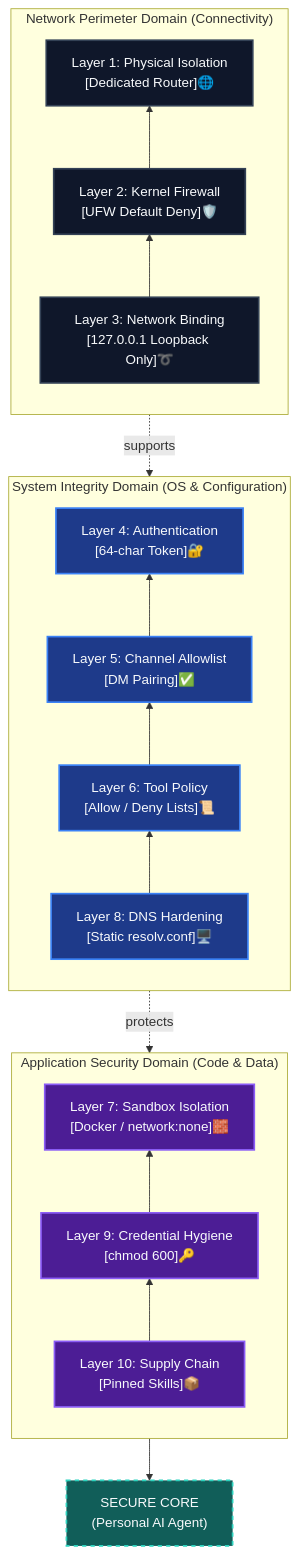
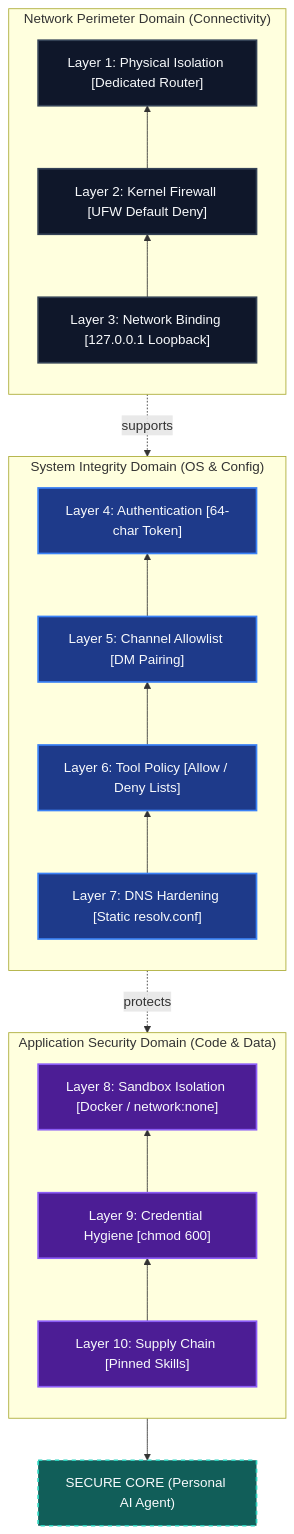
One commit to vishal8shah/openclaw-personal-ai-agent changed the first of 3 diagrams in docs-site/docs/security.md. Above: the diagram before and after it, drawn with Mermaid. The commit also changed other lines of this file, not shown here.

Commit message:
docs(diagram): fix layer numbering L7=DNS L8=Sandbox and add layer tags to doc parts

````diff
--- a/docs-site/docs/security.md
+++ b/docs-site/docs/security.md
@@ -16,41 +16,38 @@
 ```mermaid
 graph TD
-    %% Functional Color-Coding for Defense Domains
     classDef network fill:#0f172a,stroke:#334155,stroke-width:2px,color:#f8fafc;
     classDef system fill:#1e3a8a,stroke:#3b82f6,stroke-width:2px,color:#f8fafc;
     classDef app fill:#4c1d95,stroke:#8b5cf6,stroke-width:2px,color:#f8fafc;
     classDef core fill:#115e59,stroke:#2dd4bf,stroke-width:2px,color:#f8fafc,stroke-dasharray: 5 5;
 
     subgraph AppDomain["Application Security Domain (Code & Data)"]
         direction BT
-        L10["Layer 10: Supply Chain<br/>[Pinned Skills]📦"]:::app
-        L9["Layer 9: Credential Hygiene<br/>[chmod 600]🔑"]:::app
-        L7["Layer 7: Sandbox Isolation<br/>[Docker / network:none]🧱"]:::app
-        L10 --> L9 --> L7
+        L10["Layer 10: Supply Chain [Pinned Skills]"]:::app
+        L9["Layer 9: Credential Hygiene [chmod 600]"]:::app
+        L8["Layer 8: Sandbox Isolation [Docker / network:none]"]:::app
+        L10 --> L9 --> L8
     end
 
-    subgraph SystemDomain["System Integrity Domain (OS & Configuration)"]
+    subgraph SystemDomain["System Integrity Domain (OS & Config)"]
         direction BT
-        L8["Layer 8: DNS Hardening<br/>[Static resolv.conf]🖥️"]:::system
-        L6["Layer 6: Tool Policy<br/>[Allow / Deny Lists]📜"]:::system
-        L5["Layer 5: Channel Allowlist<br/>[DM Pairing]✅"]:::system
-        L4["Layer 4: Authentication<br/>[64-char Token]🔐"]:::system
-        L8 --> L6 --> L5 --> L4
+        L7["Layer 7: DNS Hardening [Static resolv.conf]"]:::system
+        L6["Layer 6: Tool Policy [Allow / Deny Lists]"]:::system
+        L5["Layer 5: Channel Allowlist [DM Pairing]"]:::system
+        L4["Layer 4: Authentication [64-char Token]"]:::system
+        L7 --> L6 --> L5 --> L4
     end
 
     subgraph NetworkDomain["Network Perimeter Domain (Connectivity)"]
         direction BT
-        L3["Layer 3: Network Binding<br/>[127.0.0.1 Loopback Only]➰"]:::network
-        L2["Layer 2: Kernel Firewall<br/>[UFW Default Deny]🛡️"]:::network
-        L1["Layer 1: Physical Isolation<br/>[Dedicated Router]🌐"]:::network
+        L3["Layer 3: Network Binding [127.0.0.1 Loopback]"]:::network
+        L2["Layer 2: Kernel Firewall [UFW Default Deny]"]:::network
+        L1["Layer 1: Physical Isolation [Dedicated Router]"]:::network
         L3 --> L2 --> L1
     end
 
-    %% The Converging Secure Core
-    Agent["SECURE CORE<br/>(Personal AI Agent)"]:::core
+    Agent["SECURE CORE (Personal AI Agent)"]:::core
 
-    %% Cross-domain links use nodes, not subgraph identifiers
     L3 -.->|supports| L4
-    L4 -.->|protects| L7
-    L7 --> Agent
+    L4 -.->|protects| L8
+    L8 --> Agent
 ```
````
